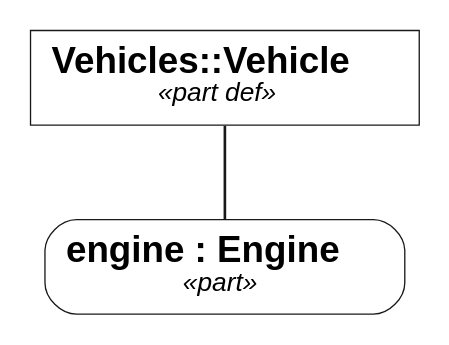
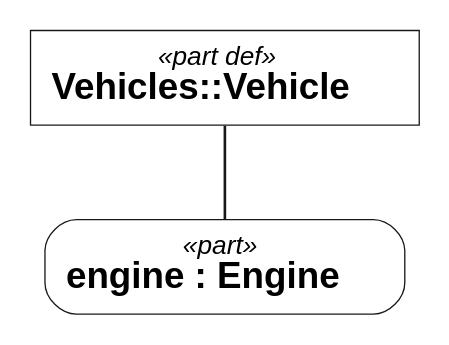
Before and after one commit to Open-MBEE/OpenSysML: the first of 3 diagrams in docs/project/view-rendering-forms.md, drawn with Graphviz. The commit also changed other lines of this file and 80 other files, not shown here.

First line of the commit message:
fix(view): head every node with its kind above the name and centre Mermaid subgraph titles

````diff
--- a/docs/project/view-rendering-forms.md
+++ b/docs/project/view-rendering-forms.md
@@ -205,13 +207,13 @@
 ```dot
 // view: VehicleViews::vehicleView
 // kind: tree
 // layout: dot
 digraph "VehicleViews::vehicleView" {
   graph [fontname="Helvetica"];
   node [shape=box, style=filled, fillcolor=white, color="#181818", fontname="Helvetica", fontsize=14, penwidth=0.5];
   edge [color="#181818", fontname="Helvetica", fontsize=13, penwidth=1];
-  "n0" [label=<<b>Vehicles::Vehicle</b><br/><font point-size="10"><i>«part def»</i></font>>];
-  "n1" [style="rounded,filled", label=<<b>engine : Engine</b><br/><font point-size="10"><i>«part»</i></font>>];
+  "n0" [label=<<font point-size="10"><i>«part def»</i></font><br/><b>Vehicles::Vehicle</b>>];
+  "n1" [style="rounded,filled", label=<<font point-size="10"><i>«part»</i></font><br/><b>engine : Engine</b>>];
   "n0" -> "n1" [arrowhead=none];
 }
 ```
````
